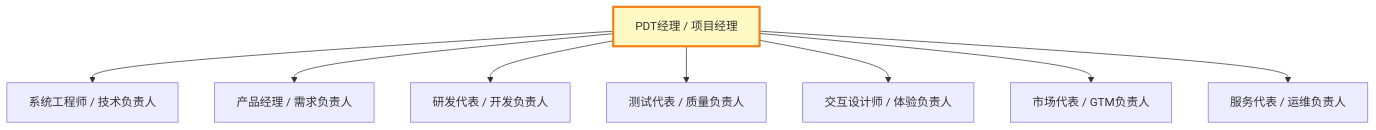
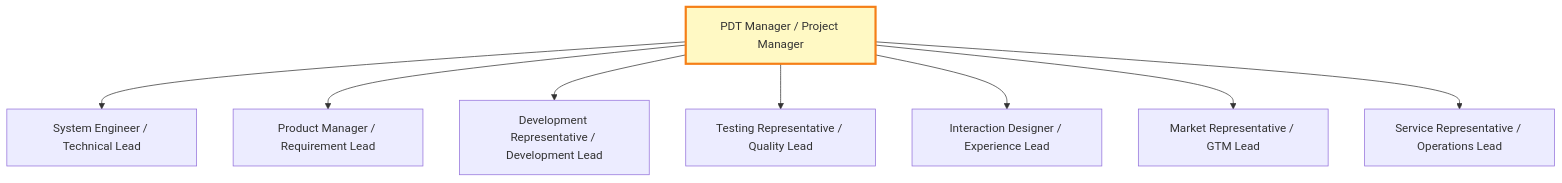
One commit to Kirky-X/cangjie changed diagram 14 of 17 in templates/产品/战略层/【模板】市场需求文档.md. Above: the diagram before and after it, drawn with Mermaid. The commit also changed other lines of this file and 60 other files, not shown here.

````diff
--- a/templates/产品/战略层/【模板】市场需求文档.md
+++ b/templates/产品/战略层/【模板】市场需求文档.md
@@ -644,12 +608,12 @@
 ```mermaid
 graph TD
-    PDT[PDT经理 / 项目经理] --> SE[系统工程师 / 技术负责人]
-    PDT --> PM[产品经理 / 需求负责人]
-    PDT --> RD[研发代表 / 开发负责人]
-    PDT --> QA[测试代表 / 质量负责人]
-    PDT --> ID[交互设计师 / 体验负责人]
-    PDT --> MKT[市场代表 / GTM负责人]
-    PDT --> SVC[服务代表 / 运维负责人]
+    PDT[PDT Manager / Project Manager] --> SE[System Engineer / Technical Lead]
+    PDT --> PM[Product Manager / Requirement Lead]
+    PDT --> RD[Development Representative / Development Lead]
+    PDT --> QA[Testing Representative / Quality Lead]
+    PDT --> ID[Interaction Designer / Experience Lead]
+    PDT --> MKT[Market Representative / GTM Lead]
+    PDT --> SVC[Service Representative / Operations Lead]
 
     style PDT fill:#fff9c4,stroke:#f57f17,stroke-width:3px
 ```
````
